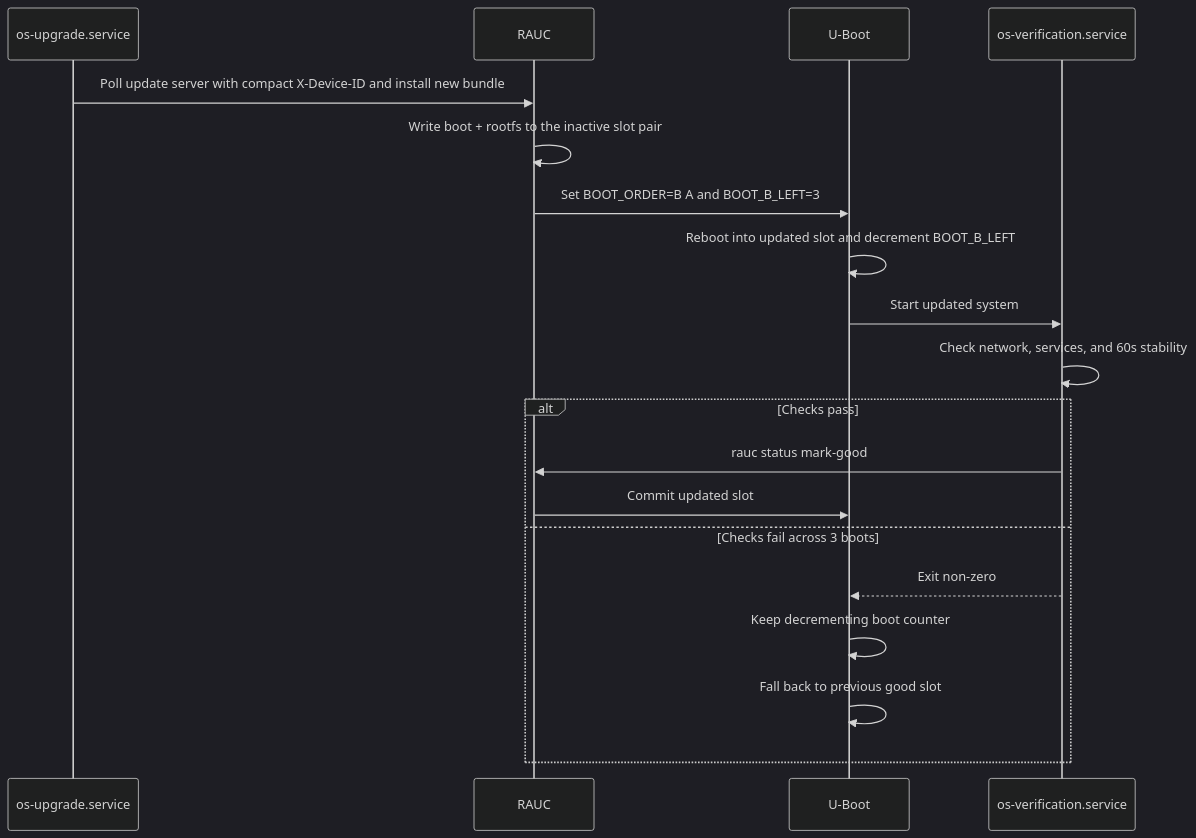
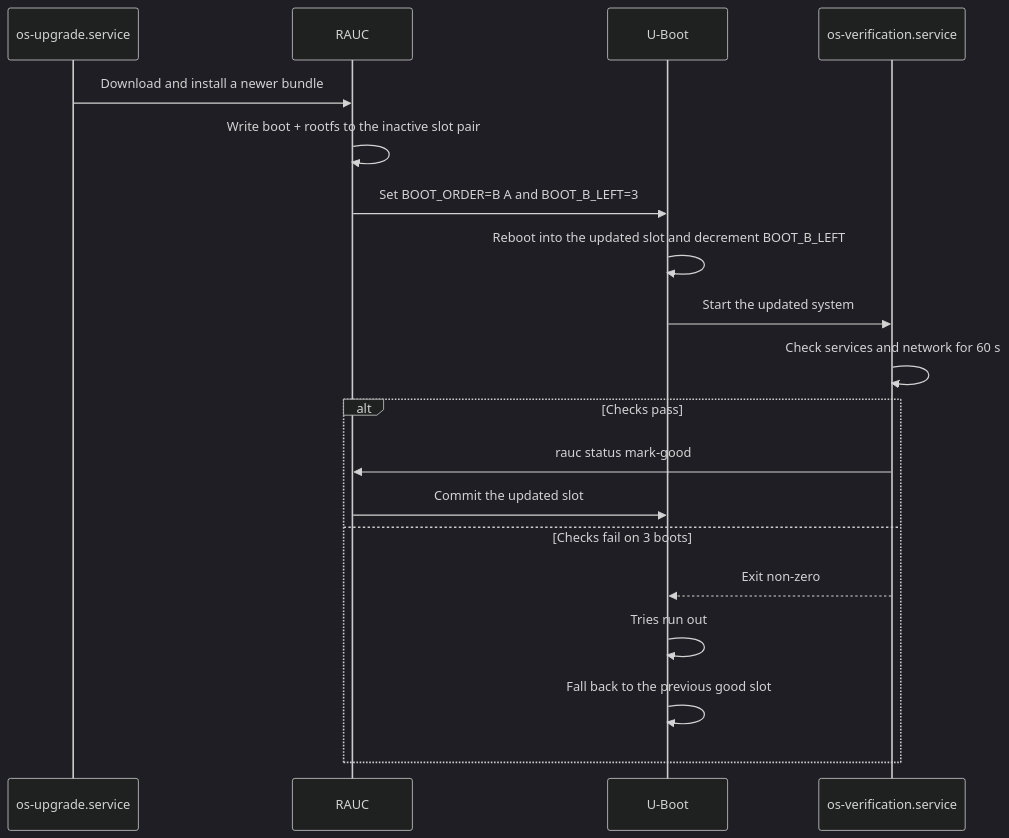
One commit to RobertDeRose/atomixos changed the diagram in docs/src/architecture/update-rollback.md. Above: the diagram before and after it, drawn with Mermaid (dark theme). The commit also changed other lines of this file and 103 other files, not shown here.

````diff
--- a/docs/src/architecture/update-rollback.md
+++ b/docs/src/architecture/update-rollback.md
@@ -8,22 +9,22 @@
 ```mermaid
 sequenceDiagram
     participant Upgrade as os-upgrade.service
     participant RAUC
     participant Boot as U-Boot
     participant Verify as os-verification.service
 
-    Upgrade->>RAUC: Poll update server with compact X-Device-ID and install new bundle
+    Upgrade->>RAUC: Download and install a newer bundle
     RAUC->>RAUC: Write boot + rootfs to the inactive slot pair
     RAUC->>Boot: Set BOOT_ORDER=B A and BOOT_B_LEFT=3
-    Boot->>Boot: Reboot into updated slot and decrement BOOT_B_LEFT
-    Boot->>Verify: Start updated system
-    Verify->>Verify: Check network, services, and 60s stability
+    Boot->>Boot: Reboot into the updated slot and decrement BOOT_B_LEFT
+    Boot->>Verify: Start the updated system
+    Verify->>Verify: Check services and network for 60 s
     alt Checks pass
         Verify->>RAUC: rauc status mark-good
-        RAUC->>Boot: Commit updated slot
-    else Checks fail across 3 boots
+        RAUC->>Boot: Commit the updated slot
+    else Checks fail on 3 boots
         Verify-->>Boot: Exit non-zero
-        Boot->>Boot: Keep decrementing boot counter
-        Boot->>Boot: Fall back to previous good slot
+        Boot->>Boot: Tries run out
+        Boot->>Boot: Fall back to the previous good slot
     end
 ```
````
